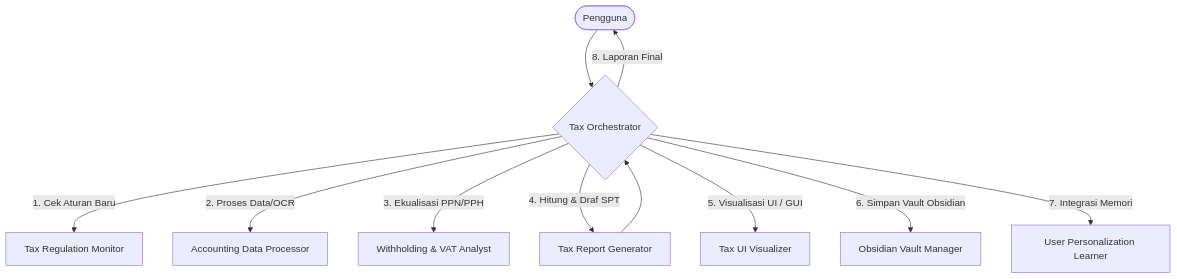
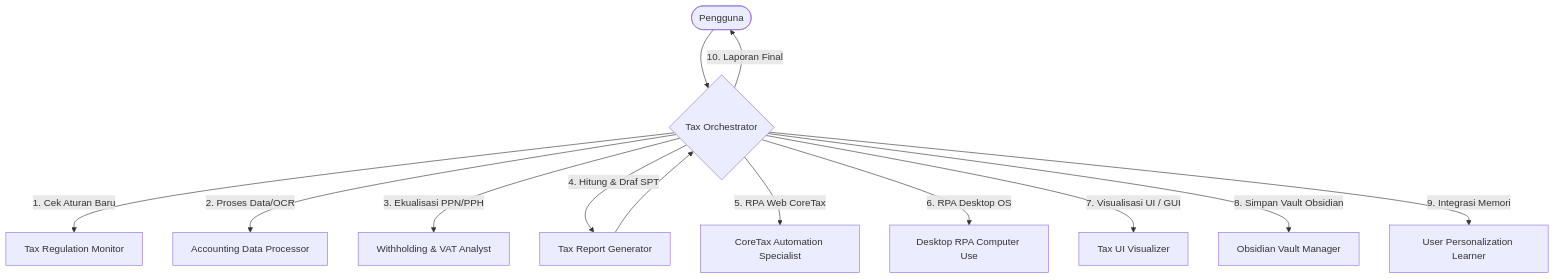
Before and after one commit to lensetek/BrevetAB-Agent-Skills: the diagram in skills/tax-orchestrator/SKILL.md, drawn with Mermaid. The commit also changed other lines of this file and 8 other files, not shown here.

Commit message:
feat: add desktop-rpa-computer-use skill with auto-fallback recovery (v1.4.0)

````diff
--- a/skills/tax-orchestrator/SKILL.md
+++ b/skills/tax-orchestrator/SKILL.md
@@ -37,13 +39,15 @@
 ```mermaid
 graph TD
     User([Pengguna]) --> Orchestrator{Tax Orchestrator}
     Orchestrator -->|1. Cek Aturan Baru| RegMonitor[Tax Regulation Monitor]
     Orchestrator -->|2. Proses Data/OCR| DataProcessor[Accounting Data Processor]
     Orchestrator -->|3. Ekualisasi PPN/PPH| WVAnalyst[Withholding & VAT Analyst]
     Orchestrator -->|4. Hitung & Draf SPT| ReportGen[Tax Report Generator]
-    Orchestrator -->|5. Visualisasi UI / GUI| UIVisualizer[Tax UI Visualizer]
-    Orchestrator -->|6. Simpan Vault Obsidian| VaultManager[Obsidian Vault Manager]
-    Orchestrator -->|7. Integrasi Memori| Personalization[User Personalization Learner]
+    Orchestrator -->|5. RPA Web CoreTax| CoreTaxRPA[CoreTax Automation Specialist]
+    Orchestrator -->|6. RPA Desktop OS| DesktopRPA[Desktop RPA Computer Use]
+    Orchestrator -->|7. Visualisasi UI / GUI| UIVisualizer[Tax UI Visualizer]
+    Orchestrator -->|8. Simpan Vault Obsidian| VaultManager[Obsidian Vault Manager]
+    Orchestrator -->|9. Integrasi Memori| Personalization[User Personalization Learner]
     ReportGen --> Orchestrator
-    Orchestrator -->|8. Laporan Final| User
+    Orchestrator -->|10. Laporan Final| User
 ```
````
